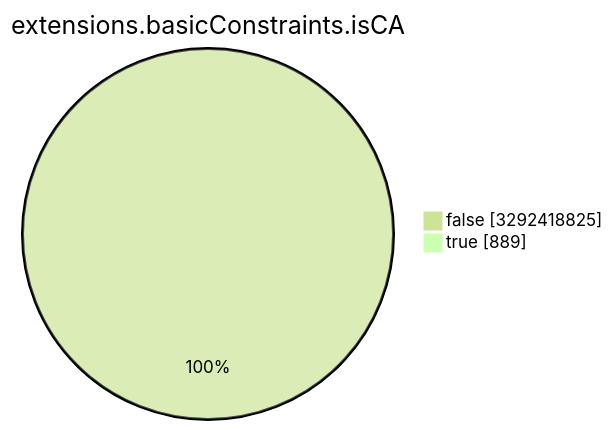
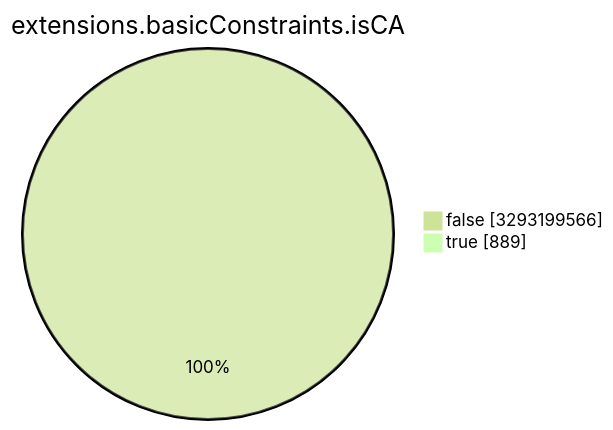
One commit to christiankrug/ctmonitor_visualization changed the seventh of 15 diagrams in TOTAL/README.md. Above: the diagram before and after it, drawn with Mermaid (forest theme). The commit also changed other lines of this file, not shown here.

````diff
--- a/TOTAL/README.md
+++ b/TOTAL/README.md
@@ -3089,6 +3089,6 @@
 ```mermaid
 pie showData
 title extensions.basicConstraints.isCA
-"false" :3292418825
+"false" :3293199566
 "true" :889
 ```
````
